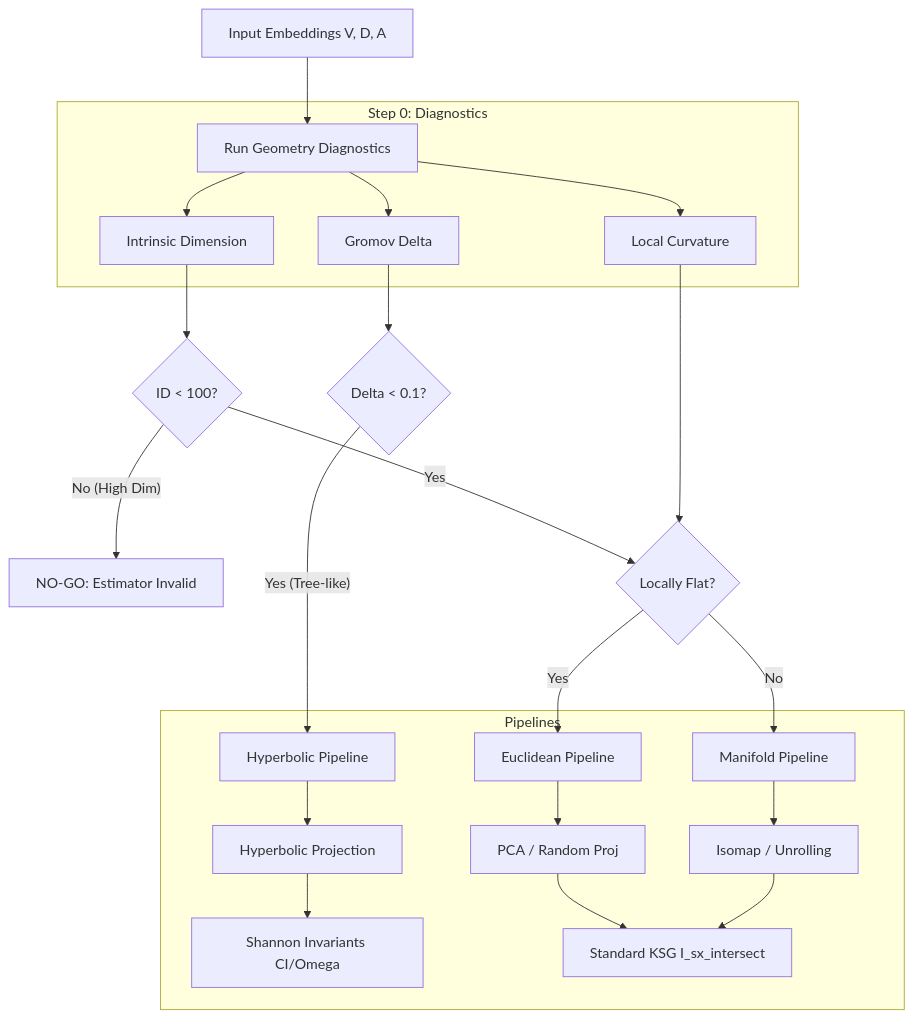
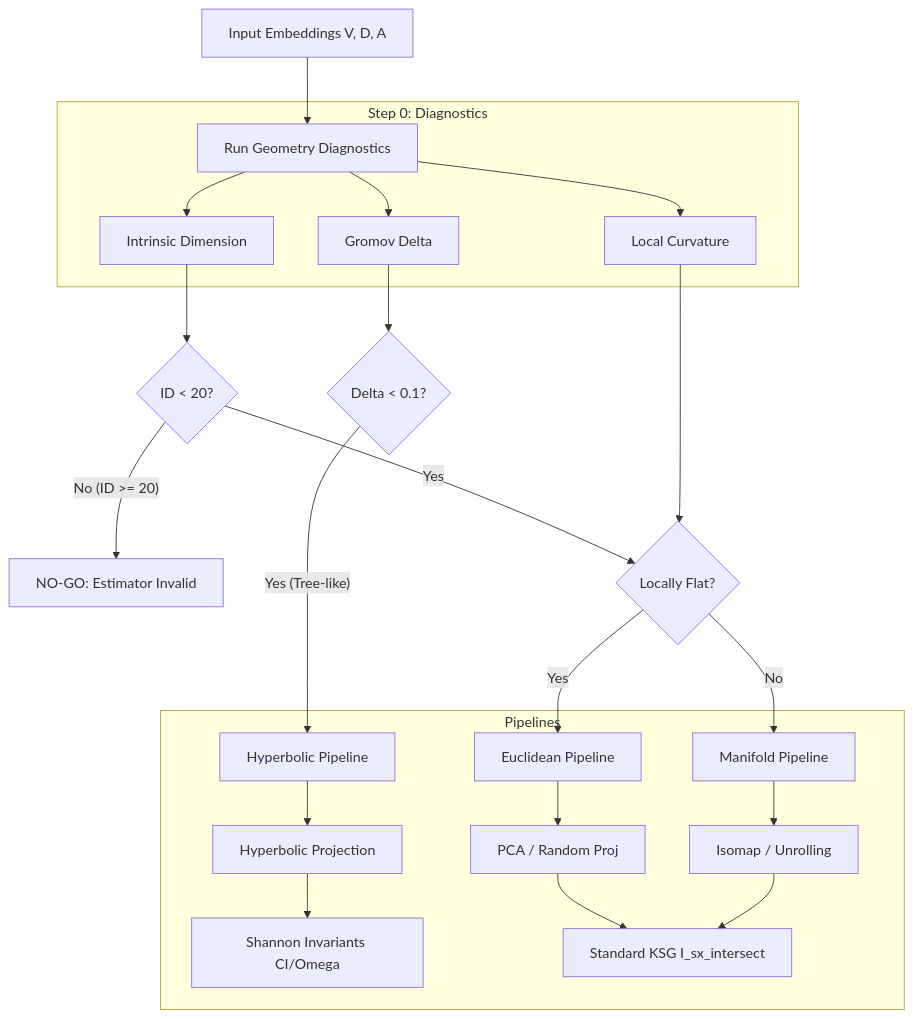
The third of 7 diagrams in DIAGRAMS.md (sepahead/prisoma), drawn with Mermaid before and after one commit. The commit also changed other lines of this file and 10 other files, not shown here.

````diff
--- a/DIAGRAMS.md
+++ b/DIAGRAMS.md
@@ -101,34 +108,34 @@
 ```mermaid
 flowchart TD
     Start[Input Embeddings V, D, A] --> Diag[Run Geometry Diagnostics]
     
     subgraph "Step 0: Diagnostics"
         Diag --> ID[Intrinsic Dimension]
         Diag --> Delta[Gromov Delta]
         Diag --> Curve[Local Curvature]
     end
     
-    ID --> CheckID{ID < 100?}
+    ID --> CheckID{ID < 20?}
     Delta --> CheckHyp{Delta < 0.1?}
     
     CheckHyp -- Yes (Tree-like) --> Hyperbolic[Hyperbolic Pipeline]
     
-    CheckID -- No (High Dim) --> Fail[NO-GO: Estimator Invalid]
+    CheckID -- No (ID >= 20) --> Fail[NO-GO: Estimator Invalid]
     
     CheckID -- Yes --> CheckFlat{Locally Flat?}
     Curve --> CheckFlat
     
     CheckFlat -- Yes --> Euclidean[Euclidean Pipeline]
     CheckFlat -- No --> Manifold[Manifold Pipeline]
     
     subgraph "Pipelines"
         Hyperbolic --> P1[Hyperbolic Projection]
         P1 --> SI[Shannon Invariants CI/Omega]
         
         Euclidean --> P2[PCA / Random Proj]
         P2 --> KSG[Standard KSG I_sx_intersect]
         
         Manifold --> P3[Isomap / Unrolling]
         P3 --> KSG
     end
 ```
````
